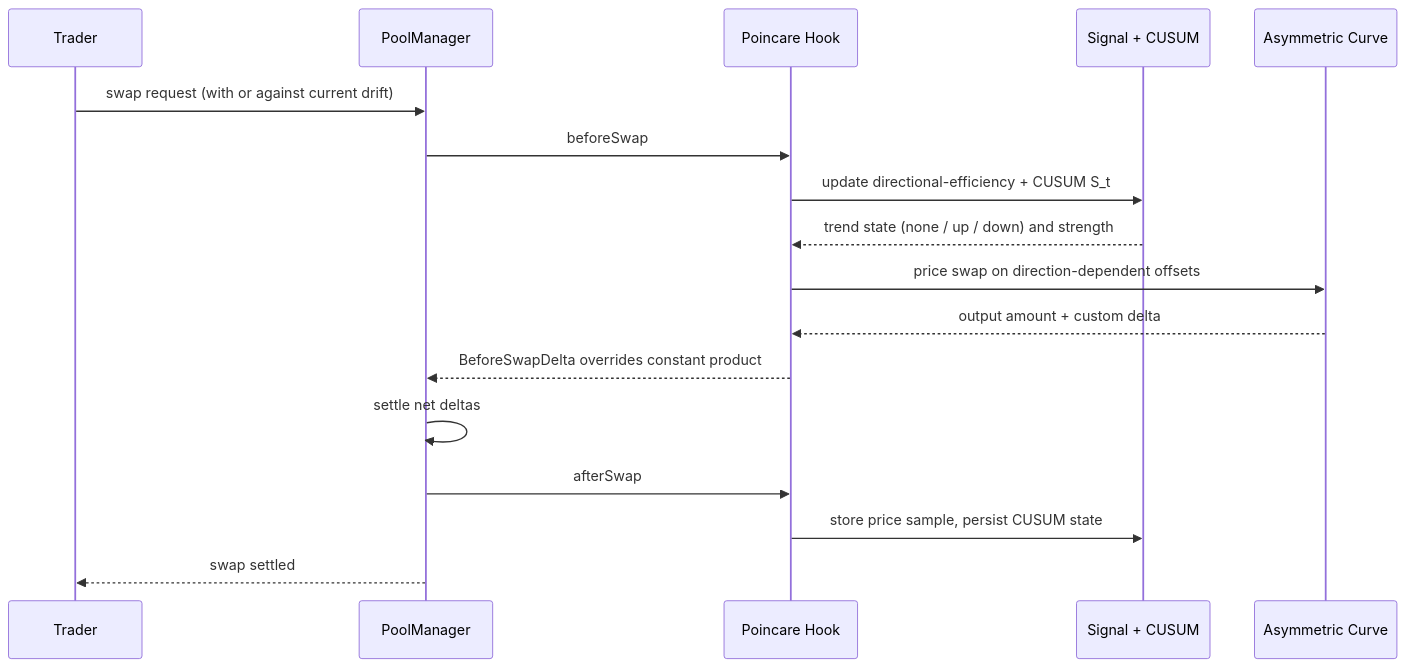
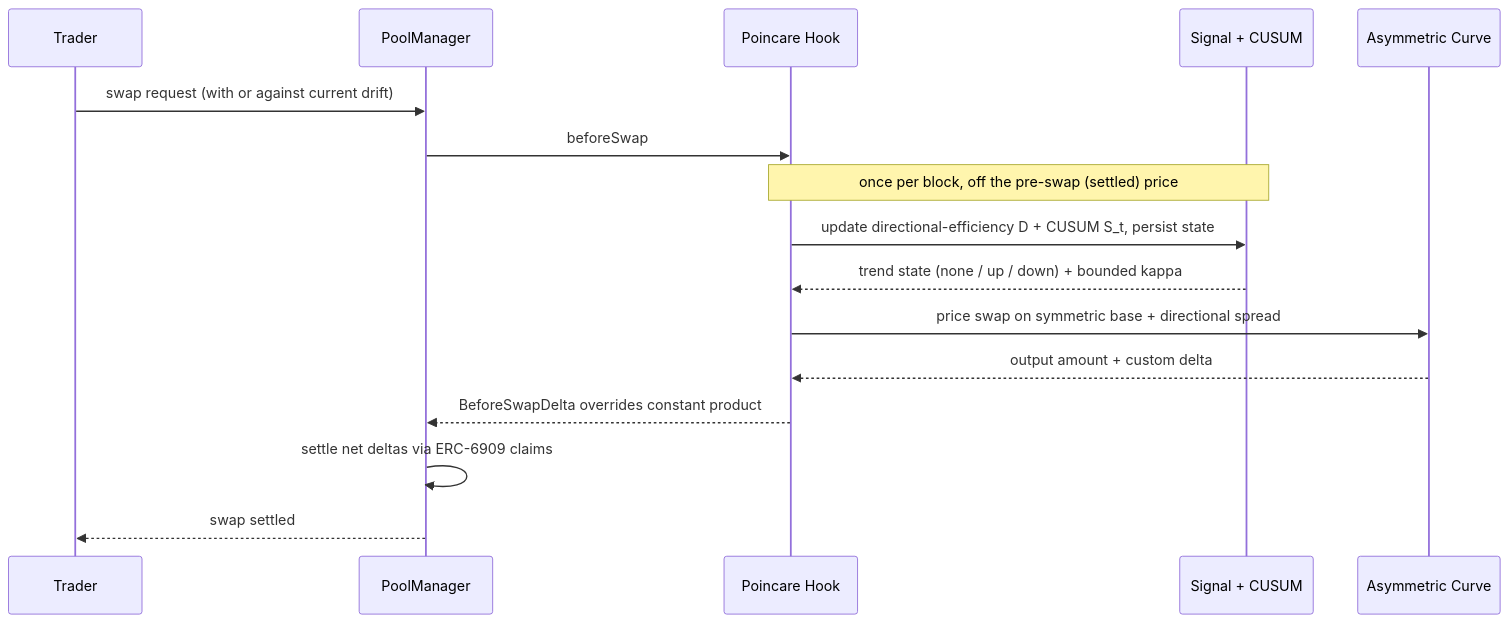
One commit to Prakhar-30/POINCARE changed the third of 5 diagrams in README.md. Above: the diagram before and after it, drawn with Mermaid. The commit also changed other lines of this file and 57 other files, not shown here.

````diff
--- a/README.md
+++ b/README.md
@@ -130,20 +136,19 @@
 ```mermaid
 sequenceDiagram
     participant T as Trader
     participant PM as PoolManager
     participant H as Poincare Hook
     participant E as Signal + CUSUM
     participant I as Asymmetric Curve
 
     T->>PM: swap request (with or against current drift)
     PM->>H: beforeSwap
-    H->>E: update directional-efficiency + CUSUM S_t
-    E-->>H: trend state (none / up / down) and strength
-    H->>I: price swap on direction-dependent offsets
+    Note over H,E: once per block, off the pre-swap (settled) price
+    H->>E: update directional-efficiency D + CUSUM S_t, persist state
+    E-->>H: trend state (none / up / down) + bounded kappa
+    H->>I: price swap on symmetric base + directional spread
     I-->>H: output amount + custom delta
     H-->>PM: BeforeSwapDelta overrides constant product
-    PM->>PM: settle net deltas
-    PM->>H: afterSwap
-    H->>E: store price sample, persist CUSUM state
+    PM->>PM: settle net deltas via ERC-6909 claims
     PM-->>T: swap settled
 ```
````
